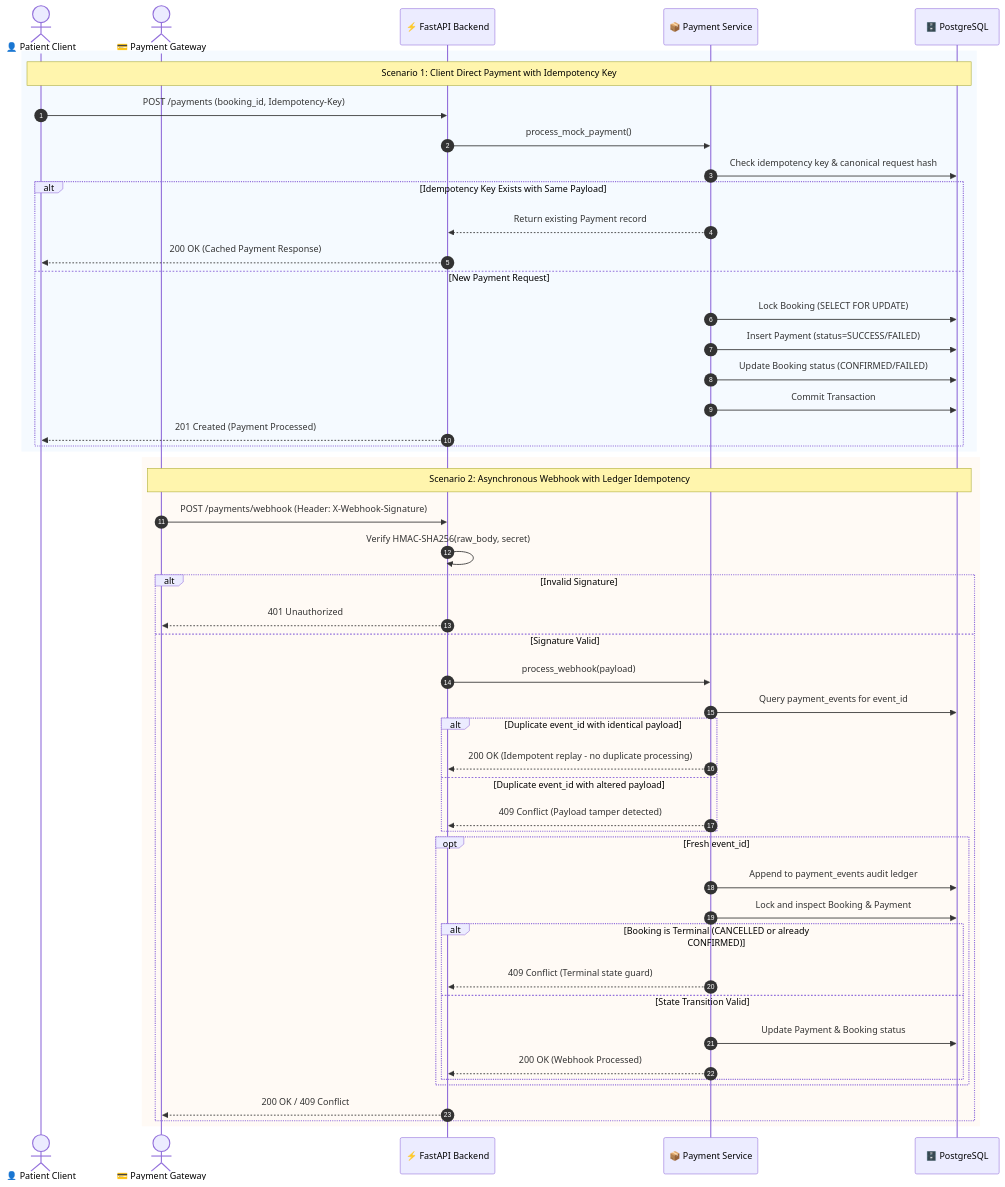
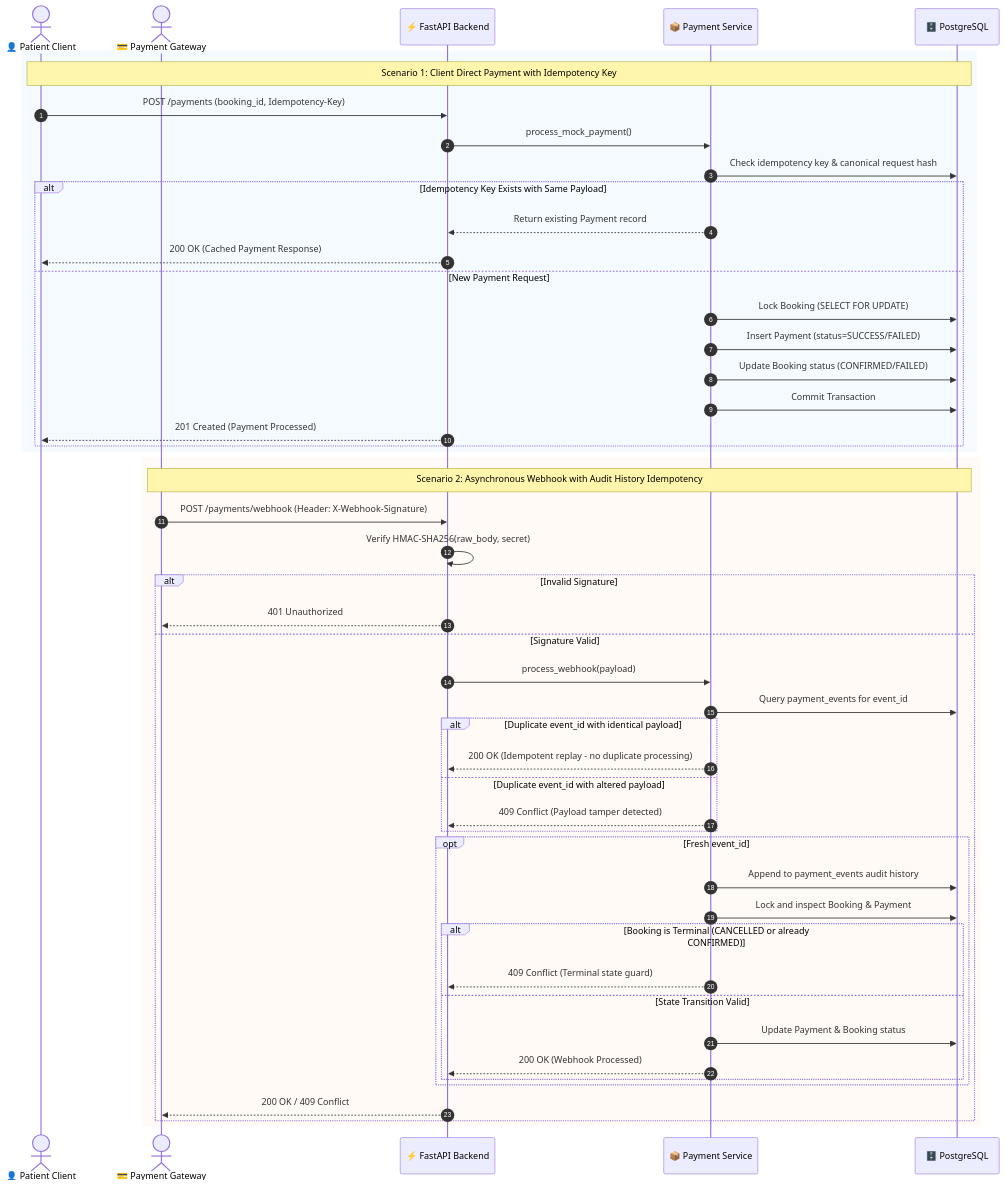
Before and after one commit to Bhaumik-99/EVE-ASSIGNMENT: the fourth of 4 diagrams in README.md, drawn with Mermaid. The commit also changed other lines of this file and 1 other file, not shown here.

Commit message:
fix: harden PATCH /centres/{id} with proactive conflict check and update README ledger terminology

````diff
--- a/README.md
+++ b/README.md
@@ -623,54 +623,54 @@
 ```mermaid
 sequenceDiagram
     autonumber
     actor Patient as 👤 Patient Client
     actor Gateway as 💳 Payment Gateway
     participant API as ⚡ FastAPI Backend
     participant PS as 📦 Payment Service
     participant DB as 🗄️ PostgreSQL
 
     rect rgb(245, 250, 255)
     Note over Patient,DB: Scenario 1: Client Direct Payment with Idempotency Key
     Patient->>API: POST /payments (booking_id, Idempotency-Key)
     API->>PS: process_mock_payment()
     PS->>DB: Check idempotency key & canonical request hash
     alt Idempotency Key Exists with Same Payload
         PS-->>API: Return existing Payment record
         API-->>Patient: 200 OK (Cached Payment Response)
     else New Payment Request
         PS->>DB: Lock Booking (SELECT FOR UPDATE)
         PS->>DB: Insert Payment (status=SUCCESS/FAILED)
         PS->>DB: Update Booking status (CONFIRMED/FAILED)
         PS->>DB: Commit Transaction
         API-->>Patient: 201 Created (Payment Processed)
     end
     end
 
     rect rgb(255, 250, 245)
-    Note over Gateway,DB: Scenario 2: Asynchronous Webhook with Ledger Idempotency
+    Note over Gateway,DB: Scenario 2: Asynchronous Webhook with Audit History Idempotency
     Gateway->>API: POST /payments/webhook (Header: X-Webhook-Signature)
     API->>API: Verify HMAC-SHA256(raw_body, secret)
     alt Invalid Signature
         API-->>Gateway: 401 Unauthorized
     else Signature Valid
         API->>PS: process_webhook(payload)
         PS->>DB: Query payment_events for event_id
         alt Duplicate event_id with identical payload
             PS-->>API: 200 OK (Idempotent replay - no duplicate processing)
         else Duplicate event_id with altered payload
             PS-->>API: 409 Conflict (Payload tamper detected)
         end
         opt Fresh event_id
-            PS->>DB: Append to payment_events audit ledger
+            PS->>DB: Append to payment_events audit history
             PS->>DB: Lock and inspect Booking & Payment
             alt Booking is Terminal (CANCELLED or already CONFIRMED)
                 PS-->>API: 409 Conflict (Terminal state guard)
             else State Transition Valid
                 PS->>DB: Update Payment & Booking status
                 PS-->>API: 200 OK (Webhook Processed)
             end
         end
         API-->>Gateway: 200 OK / 409 Conflict
     end
     end
 ```
````
